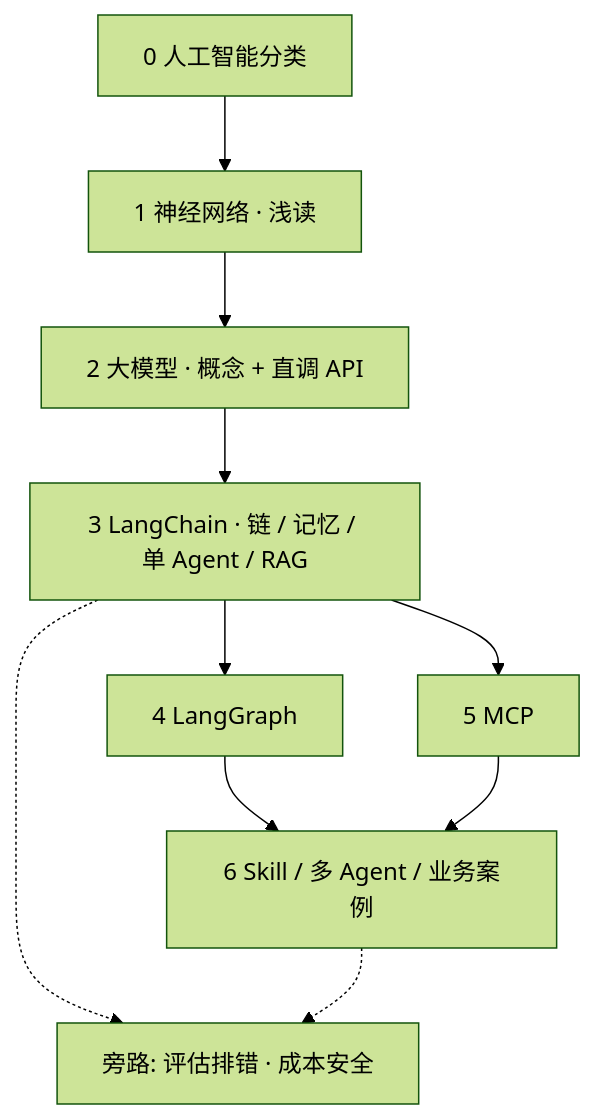
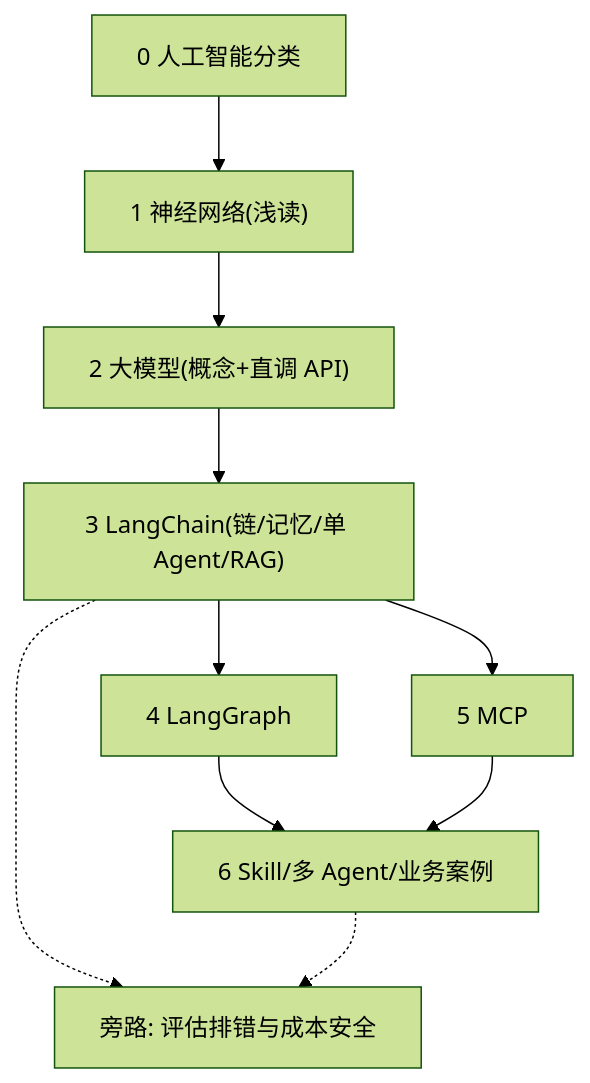
One commit to l552177239/my-note changed the diagram in docs/03.AI/01.学习路线.md. Above: the diagram before and after it, drawn with Mermaid (forest theme).

Commit message:
Refine Mermaid diagram labels in AI documentation: Update text formatting for clarity and consistency in flowchart nodes, enhancing readability and understanding of AI classification and concepts.

````diff
--- a/docs/03.AI/01.学习路线.md
+++ b/docs/03.AI/01.学习路线.md
@@ -57,12 +57,12 @@
 ```mermaid
 flowchart TB
-  A[0 人工智能分类] --> B[1 神经网络 · 浅读]
-  B --> C[2 大模型 · 概念 + 直调 API]
-  C --> D[3 LangChain · 链 / 记忆 / 单 Agent / RAG]
-  D --> E[4 LangGraph]
-  D --> F[5 MCP]
-  E --> G[6 Skill / 多 Agent / 业务案例]
+  A["0 人工智能分类"] --> B["1 神经网络(浅读)"]
+  B --> C["2 大模型(概念+直调 API)"]
+  C --> D["3 LangChain(链/记忆/单 Agent/RAG)"]
+  D --> E["4 LangGraph"]
+  D --> F["5 MCP"]
+  E --> G["6 Skill/多 Agent/业务案例"]
   F --> G
-  D -.-> H[旁路: 评估排错 · 成本安全]
+  D -.-> H["旁路: 评估排错与成本安全"]
   G -.-> H
 ```
````
